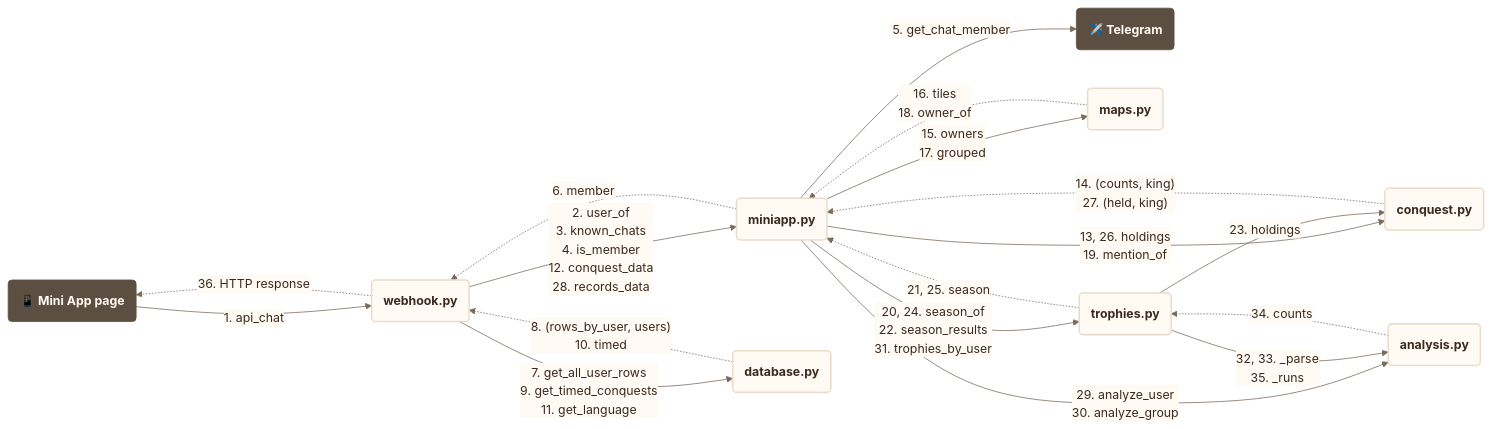
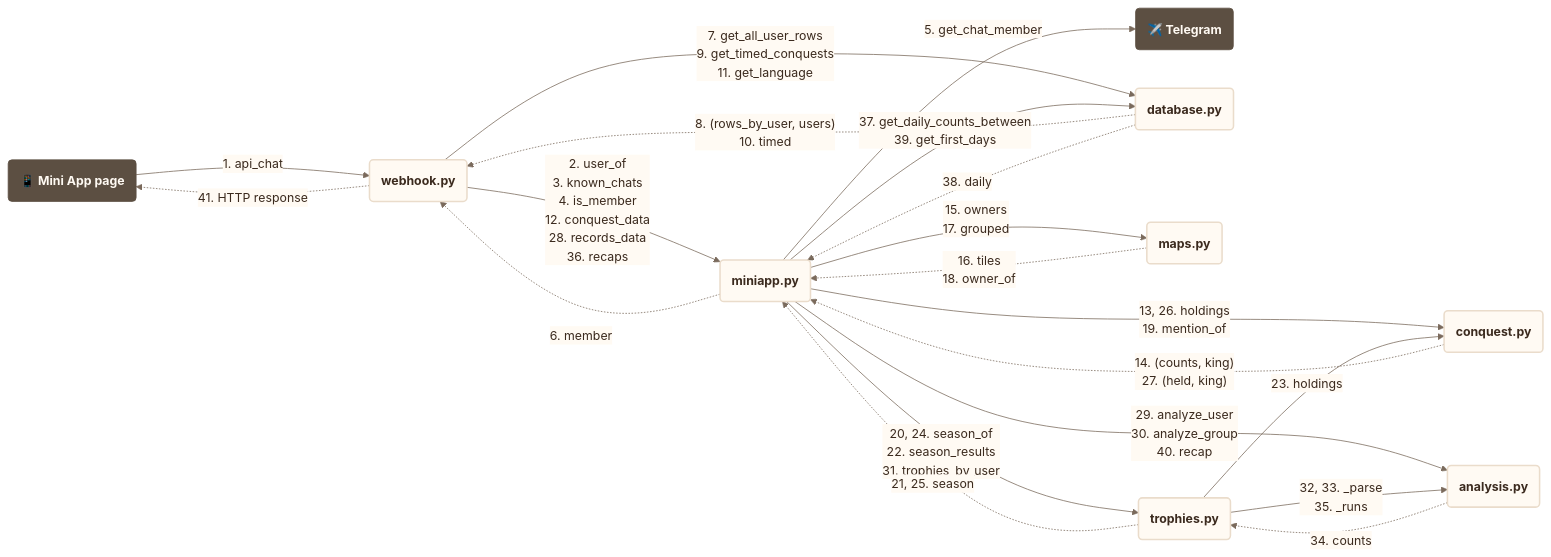
Before and after one commit to francescoperrino/Caccometro: diagram 37 of 42 in docs/use_cases.md, drawn with Mermaid. The commit also changed other lines of this file and 44 other files, not shown here.

````diff
--- a/docs/use_cases.md
+++ b/docs/use_cases.md
@@ -3131,67 +3131,69 @@
 ```mermaid
 ---
 config:
   theme: base
   themeVariables:
     fontFamily: "Nunito, Segoe UI, Roboto, sans-serif"
     primaryColor: "#fffaf3"
     primaryTextColor: "#3b2a1e"
     primaryBorderColor: "#eadccb"
     secondaryColor: "#f7ecdc"
     tertiaryColor: "#f3e4d0"
     lineColor: "#7a6a5c"
     textColor: "#3b2a1e"
     edgeLabelBackground: "#fffaf3"
     clusterBkg: "#f3e4d0"
     clusterBorder: "#cbbca9"
     titleColor: "#5c4f42"
     noteBkgColor: "#f7ecdc"
     noteTextColor: "#3b2a1e"
     actorBkg: "#fffaf3"
     actorBorder: "#5c4f42"
     actorTextColor: "#3b2a1e"
     signalColor: "#7a6a5c"
     signalTextColor: "#3b2a1e"
     labelBoxBkgColor: "#f3e4d0"
     loopTextColor: "#3b2a1e"
     sequenceNumberColor: "#fffaf3"
     xyChart:
       plotColorPalette: "#2f4f8f"
   flowchart:
     nodeSpacing: 50
     rankSpacing: 160
 ---
 flowchart LR
     accTitle: Communication diagram, Mini App, data of the chat (map, seasons, records, trophies)
     accDescr: The modules involved, the functions each one calls in another and what comes back, numbered as in the sequence
     miniapp_page("<b>📱 Mini App page</b>")
     telegram("<b>✈️ Telegram</b>")
     webhook("<b>webhook.py</b>")
     miniapp("<b>miniapp.py</b>")
     database("<b>database.py</b>")
     conquest("<b>conquest.py</b>")
     maps("<b>maps.py</b>")
     trophies("<b>trophies.py</b>")
     analysis("<b>analysis.py</b>")
     miniapp_page -->|"1.#nbsp;api_chat"| webhook
-    webhook -->|"2.#nbsp;user_of<br/>3.#nbsp;known_chats<br/>4.#nbsp;is_member<br/>12.#nbsp;conquest_data<br/>28.#nbsp;records_data"| miniapp
+    webhook -->|"2.#nbsp;user_of<br/>3.#nbsp;known_chats<br/>4.#nbsp;is_member<br/>12.#nbsp;conquest_data<br/>28.#nbsp;records_data<br/>36.#nbsp;recaps"| miniapp
     miniapp -->|"5.#nbsp;get_chat_member"| telegram
     miniapp -.->|"6.#nbsp;member"| webhook
     webhook -->|"7.#nbsp;get_all_user_rows<br/>9.#nbsp;get_timed_conquests<br/>11.#nbsp;get_language"| database
     database -.->|"8.#nbsp;(rows_by_user, users)<br/>10.#nbsp;timed"| webhook
     miniapp -->|"13, 26.#nbsp;holdings<br/>19.#nbsp;mention_of"| conquest
     conquest -.->|"14.#nbsp;(counts, king)<br/>27.#nbsp;(held, king)"| miniapp
     miniapp -->|"15.#nbsp;owners<br/>17.#nbsp;grouped"| maps
     maps -.->|"16.#nbsp;tiles<br/>18.#nbsp;owner_of"| miniapp
     miniapp -->|"20, 24.#nbsp;season_of<br/>22.#nbsp;season_results<br/>31.#nbsp;trophies_by_user"| trophies
     trophies -.->|"21, 25.#nbsp;season"| miniapp
     trophies -->|"23.#nbsp;holdings"| conquest
-    miniapp -->|"29.#nbsp;analyze_user<br/>30.#nbsp;analyze_group"| analysis
+    miniapp -->|"29.#nbsp;analyze_user<br/>30.#nbsp;analyze_group<br/>40.#nbsp;recap"| analysis
     trophies -->|"32, 33.#nbsp;_parse<br/>35.#nbsp;_runs"| analysis
     analysis -.->|"34.#nbsp;counts"| trophies
-    webhook -.->|"36.#nbsp;HTTP response"| miniapp_page
+    miniapp -->|"37.#nbsp;get_daily_counts_between<br/>39.#nbsp;get_first_days"| database
+    database -.->|"38.#nbsp;daily"| miniapp
+    webhook -.->|"41.#nbsp;HTTP response"| miniapp_page
     classDef step fill:#fffaf3,stroke:#eadccb,stroke-width:2px,color:#3b2a1e
     classDef person fill:#5c4f42,stroke:#5c4f42,color:#fffaf3
     class webhook,miniapp,database,conquest,maps,trophies,analysis step
     class miniapp_page,telegram person
 ```
````
